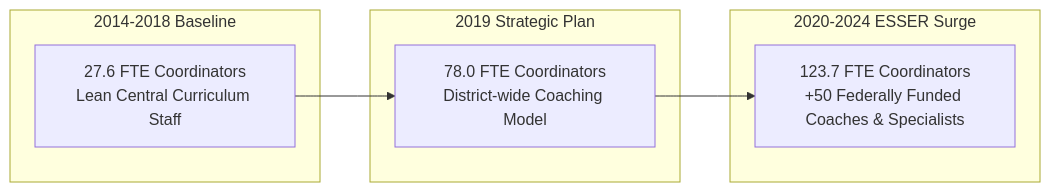
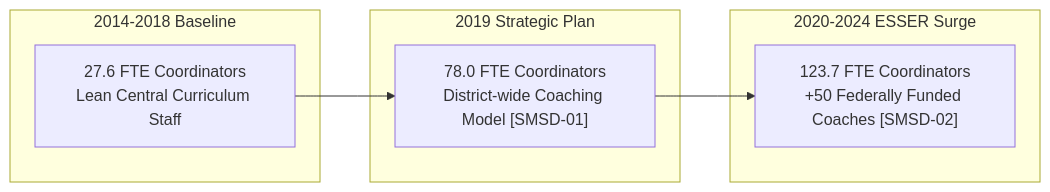
The diagram in 2026/2026-10-01-kc-admin-staffing-decomposition/outputs/tables/board_document_audit_report.md (admiralorbiter/computational-sketchbook), drawn with Mermaid before and after one commit. The commit also changed other lines of this file and 23 other files, not shown here.

````diff
--- a/2026/2026-10-01-kc-admin-staffing-decomposition/outputs/tables/board_document_audit_report.md
+++ b/2026/2026-10-01-kc-admin-staffing-decomposition/outputs/tables/board_document_audit_report.md
@@ -36,13 +36,13 @@
 ```mermaid
 graph LR
     subgraph 2014-2018 Baseline
         B1["27.6 FTE Coordinators<br/>Lean Central Curriculum Staff"]
     end
     subgraph 2019 Strategic Plan
-        B2["78.0 FTE Coordinators<br/>District-wide Coaching Model"]
+        B2["78.0 FTE Coordinators<br/>District-wide Coaching Model [SMSD-01]"]
     end
     subgraph 2020-2024 ESSER Surge
-        B3["123.7 FTE Coordinators<br/>+50 Federally Funded Coaches & Specialists"]
+        B3["123.7 FTE Coordinators<br/>+50 Federally Funded Coaches [SMSD-02]"]
     end
     B1 --> B2 --> B3
 ```
````
